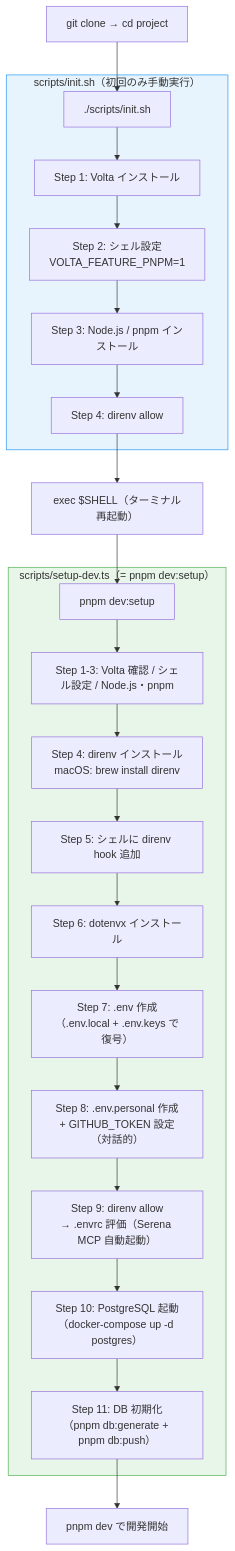
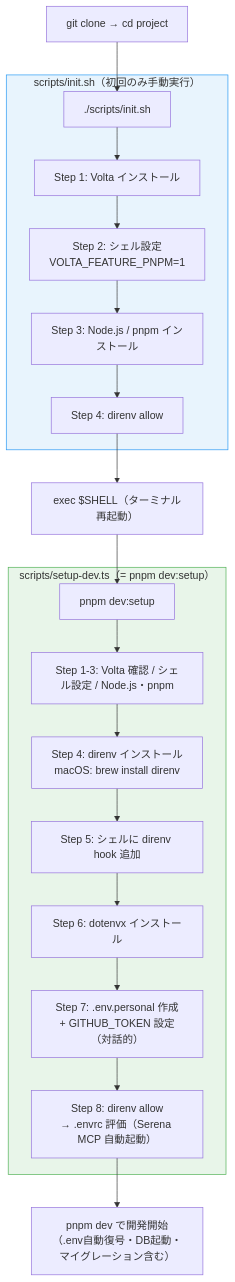
One commit to einja-inc/einja-management-template changed the second of 3 diagrams in docs/einja/instructions/setup-flow.md. Above: the diagram before and after it, drawn with Mermaid. The commit also changed other lines of this file and 16 other files, not shown here.

````diff
--- a/docs/einja/instructions/setup-flow.md
+++ b/docs/einja/instructions/setup-flow.md
@@ -89,31 +89,28 @@
 ```mermaid
 flowchart TD
     A[git clone → cd project] --> B[./scripts/init.sh]
 
     subgraph init ["scripts/init.sh（初回のみ手動実行）"]
         B --> B1[Step 1: Volta インストール]
         B1 --> B2[Step 2: シェル設定<br/>VOLTA_FEATURE_PNPM=1]
         B2 --> B3[Step 3: Node.js / pnpm インストール]
         B3 --> B4[Step 4: direnv allow]
     end
 
     B4 --> C["exec $SHELL（ターミナル再起動）"]
     C --> D[pnpm dev:setup]
 
     subgraph devsetup ["scripts/setup-dev.ts（= pnpm dev:setup）"]
         D --> D1[Step 1-3: Volta 確認 / シェル設定 / Node.js・pnpm]
         D1 --> D4[Step 4: direnv インストール<br/>macOS: brew install direnv]
         D4 --> D5[Step 5: シェルに direnv hook 追加]
         D5 --> D6[Step 6: dotenvx インストール]
-        D6 --> D7["Step 7: .env 作成<br/>（.env.local + .env.keys で復号）"]
-        D7 --> D8["Step 8: .env.personal 作成<br/>+ GITHUB_TOKEN 設定（対話的）"]
-        D8 --> D9["Step 9: direnv allow<br/>→ .envrc 評価（Serena MCP 自動起動）"]
-        D9 --> D10["Step 10: PostgreSQL 起動<br/>（docker-compose up -d postgres）"]
-        D10 --> D11["Step 11: DB 初期化<br/>（pnpm db:generate + pnpm db:push）"]
+        D6 --> D7["Step 7: .env.personal 作成<br/>+ GITHUB_TOKEN 設定（対話的）"]
+        D7 --> D8["Step 8: direnv allow<br/>→ .envrc 評価（Serena MCP 自動起動）"]
     end
 
-    D11 --> E[pnpm dev で開発開始]
+    D8 --> E["pnpm dev で開発開始<br/>（.env自動復号・DB起動・マイグレーション含む）"]
 
     style init fill:#e8f4fd,stroke:#2196F3
     style devsetup fill:#e8f5e9,stroke:#4CAF50
 ```
````
